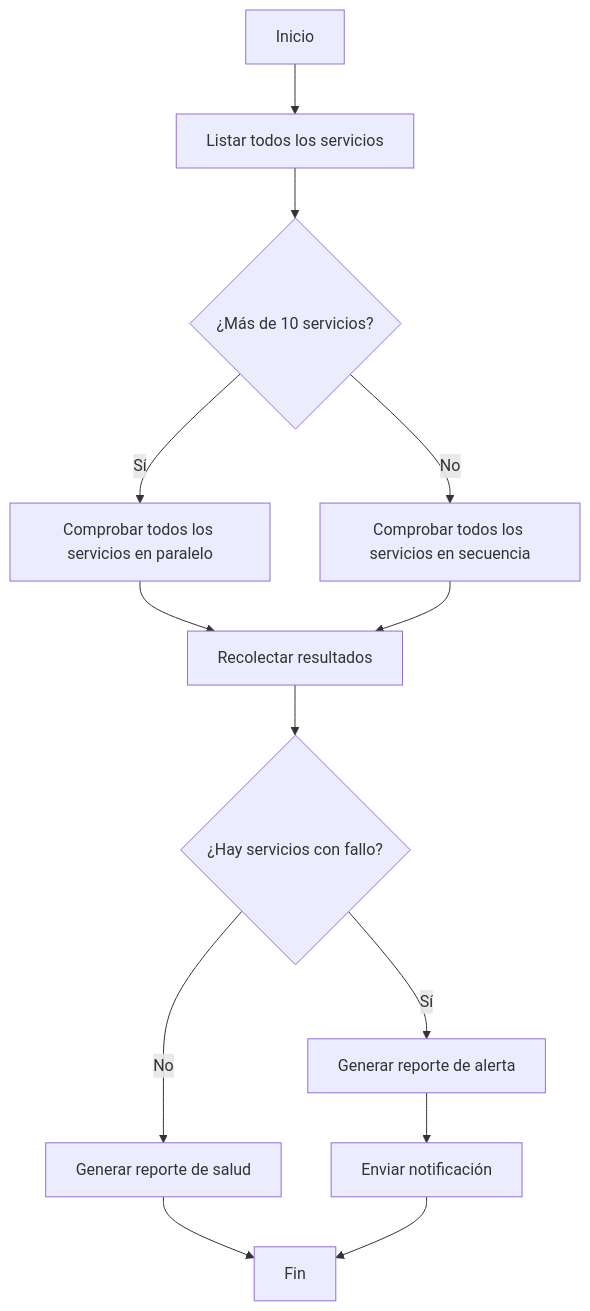
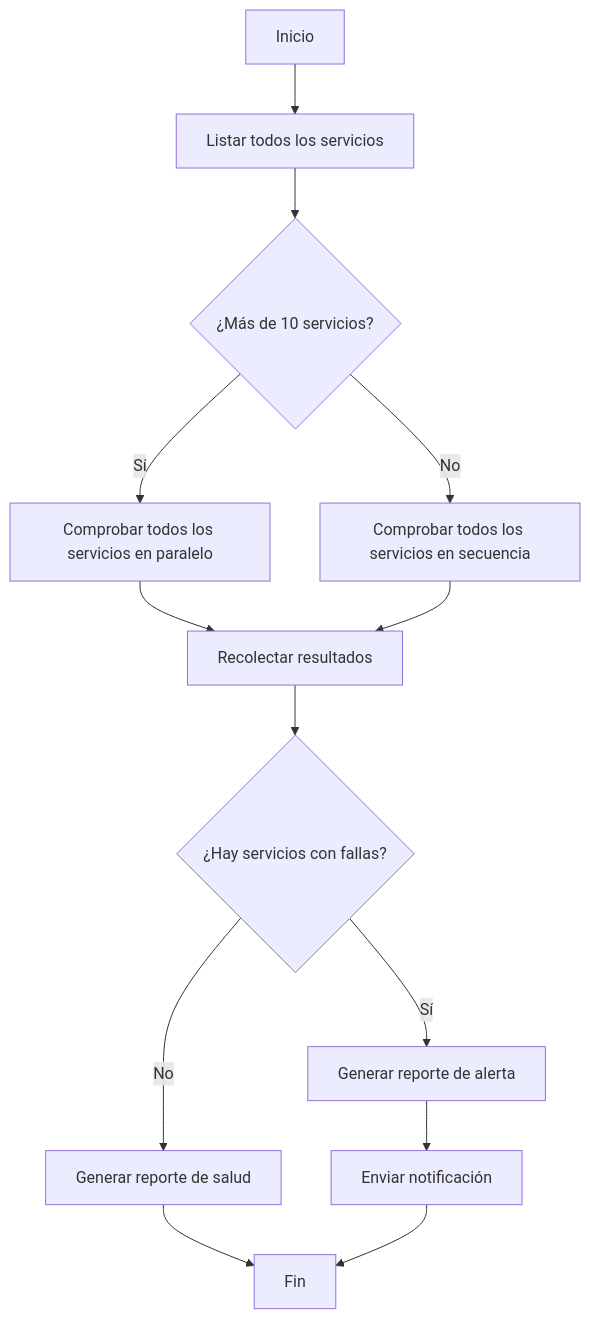
One commit to fancydirty/learn-agent-engineering changed the diagram in courses/learn-agent-workflows/es/02-workflow-building-blocks.md. Above: the diagram before and after it, drawn with Mermaid. The commit also changed other lines of this file and 25 other files, not shown here.

````diff
--- a/courses/learn-agent-workflows/es/02-workflow-building-blocks.md
+++ b/courses/learn-agent-workflows/es/02-workflow-building-blocks.md
@@ -332,15 +332,15 @@
 ```mermaid
 graph TD
     A[Inicio] --> B[Listar todos los servicios]
     B --> C{¿Más de 10 servicios?}
     C -->|Sí| D[Comprobar todos los servicios en paralelo]
     C -->|No| E[Comprobar todos los servicios en secuencia]
     D --> F[Recolectar resultados]
     E --> F
-    F --> G{¿Hay servicios con fallo?}
+    F --> G{¿Hay servicios con fallas?}
     G -->|Sí| H[Generar reporte de alerta]
     G -->|No| I[Generar reporte de salud]
     H --> J[Enviar notificación]
     I --> K[Fin]
     J --> K
 ```
````
